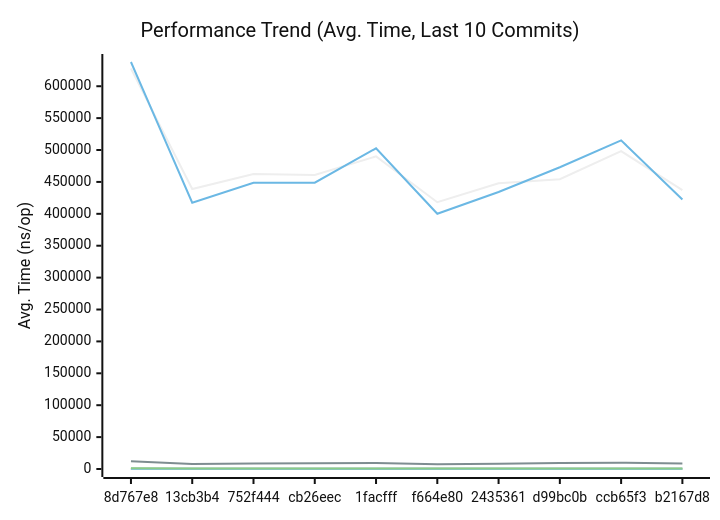
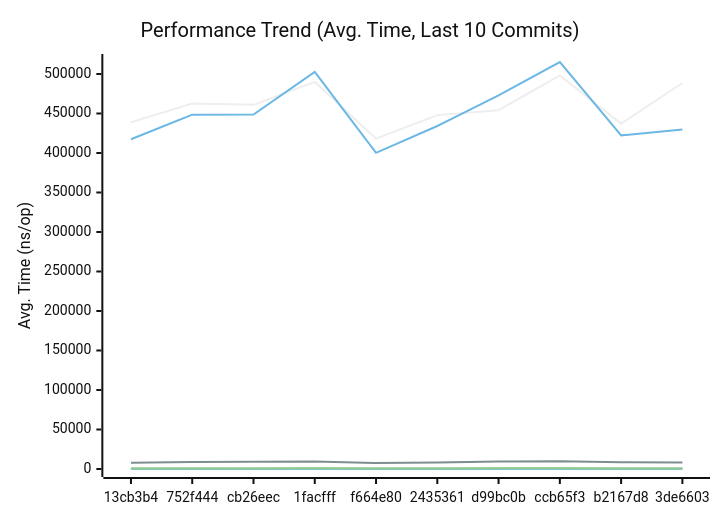
Before and after one commit to alsotoes/momo: the first of 3 diagrams in docs/PERFORMANCE.md, drawn with Mermaid (neutral theme). The commit also changed other lines of this file and 12 other files, not shown here.

````diff
--- a/docs/PERFORMANCE.md
+++ b/docs/PERFORMANCE.md
@@ -145,20 +145,20 @@
 ```mermaid
 xychart-beta
     title "Performance Trend (Avg. Time, Last 10 Commits)"
     x-axis "Commit"
     y-axis "Avg. Time (ns/op)"
-    x-axis [8d767e8,13cb3b4,752f444,cb26eec,1facfff,f664e80,2435361,d99bc0b,ccb65f3,b2167d8]
-    line "AWSChunkedReaderSigned" [627798,438813,462513,460953,489981,418132,447933,454201,498260,437140]
-    line "AWSChunkedReaderUnsigned" [637979,417363,448517,448767,502752,400163,434167,472936,515178,422333]
-    line "CheckMetricsAndSwap" [10,8,9,9,10,7,8,11,10,8]
-    line "CrushOptimized" [536,370,424,329,313,300,360,327,392,318]
-    line "CrushOriginal" [630,460,605,462,474,395,414,473,508,433]
+    x-axis [13cb3b4,752f444,cb26eec,1facfff,f664e80,2435361,d99bc0b,ccb65f3,b2167d8,3de6603]
+    line "AWSChunkedReaderSigned" [438813,462513,460953,489981,418132,447933,454201,498260,437140,488574]
+    line "AWSChunkedReaderUnsigned" [417363,448517,448767,502752,400163,434167,472936,515178,422333,429659]
+    line "CheckMetricsAndSwap" [8,9,9,10,7,8,11,10,8,8]
+    line "CrushOptimized" [370,424,329,313,300,360,327,392,318,363]
+    line "CrushOriginal" [460,605,462,474,395,414,473,508,433,434]
     line "IndexDirectTracking" [0,0,0,0,0,0,0,0,0,0]
-    line "IndexSearch" [3,3,3,3,3,3,3,3,3,3]
-    line "LoadGlobalConfig" [11980,7965,8740,9209,9546,7608,8267,9369,9892,8516]
-    line "PadString" [63,39,42,51,49,39,40,55,47,40]
+    line "IndexSearch" [3,3,3,3,3,3,3,3,3,2]
+    line "LoadGlobalConfig" [7965,8740,9209,9546,7608,8267,9369,9892,8516,8353]
+    line "PadString" [39,42,51,49,39,40,55,47,40,42]
     line "ParseReplicationOrder_NoPrealloc" [350,349,357,354,345,225,229,165,232,234]
     line "ParseReplicationOrder_Prealloc" [229,231,237,234,229,108,107,80,110,109]
-    line "SanitizeLog/Safe" [336,234,225,309,240,224,240,236,244,225]
-    line "SanitizeLog/Unsafe" [1005,654,741,781,861,650,706,809,898,695]
+    line "SanitizeLog/Safe" [234,225,309,240,224,240,236,244,225,243]
+    line "SanitizeLog/Unsafe" [654,741,781,861,650,706,809,898,695,698]
 ```
````
